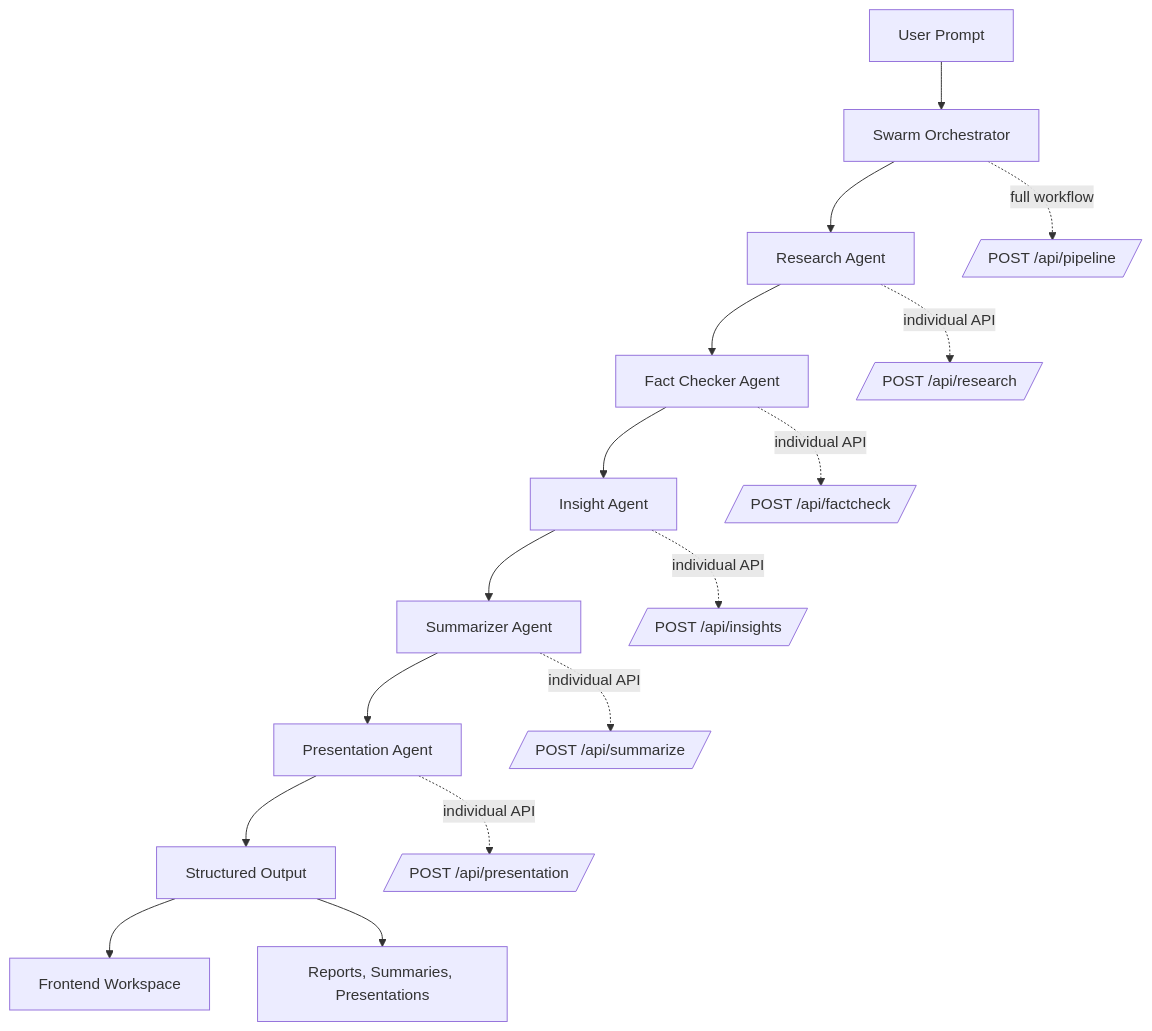
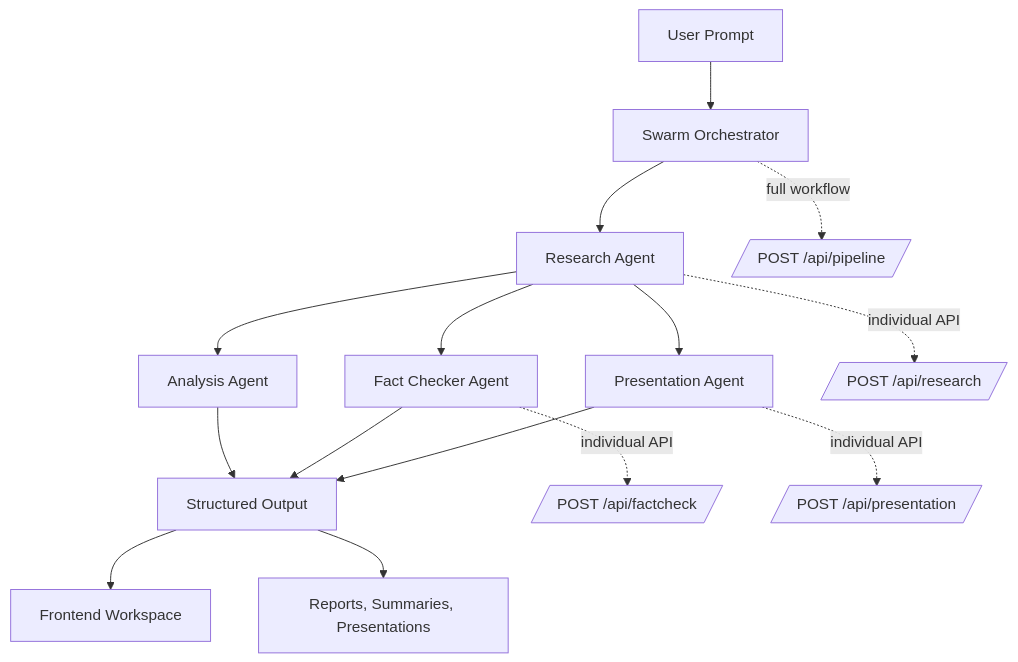
Before and after one commit to hetpatel1b/SwarmX-AI: the first of 2 diagrams in README.md, drawn with Mermaid. The commit also changed other lines of this file, not shown here.

Commit message:
docs: update README with project restructuring, new analysis agent, and expanded tech stack details

````diff
--- a/README.md
+++ b/README.md
@@ -98,19 +96,18 @@
 ```mermaid
 flowchart TD
     A[User Prompt] --> B[Swarm Orchestrator]
     B --> C[Research Agent]
-    C --> D[Fact Checker Agent]
-    D --> E[Insight Agent]
-    E --> F[Summarizer Agent]
-    F --> G[Presentation Agent]
-    G --> H[Structured Output]
+    C --> D[Analysis Agent]
+    C --> E[Fact Checker Agent]
+    C --> F[Presentation Agent]
+    D --> H[Structured Output]
+    E --> H
+    F --> H
     H --> I[Frontend Workspace]
     H --> J[Reports, Summaries, Presentations]
 
     C -. individual API .-> K[/POST /api/research/]
-    D -. individual API .-> L[/POST /api/factcheck/]
-    E -. individual API .-> M[/POST /api/insights/]
-    F -. individual API .-> N[/POST /api/summarize/]
-    G -. individual API .-> O[/POST /api/presentation/]
+    E -. individual API .-> L[/POST /api/factcheck/]
+    F -. individual API .-> M[/POST /api/presentation/]
     B -. full workflow .-> P[/POST /api/pipeline/]
 ```
````
